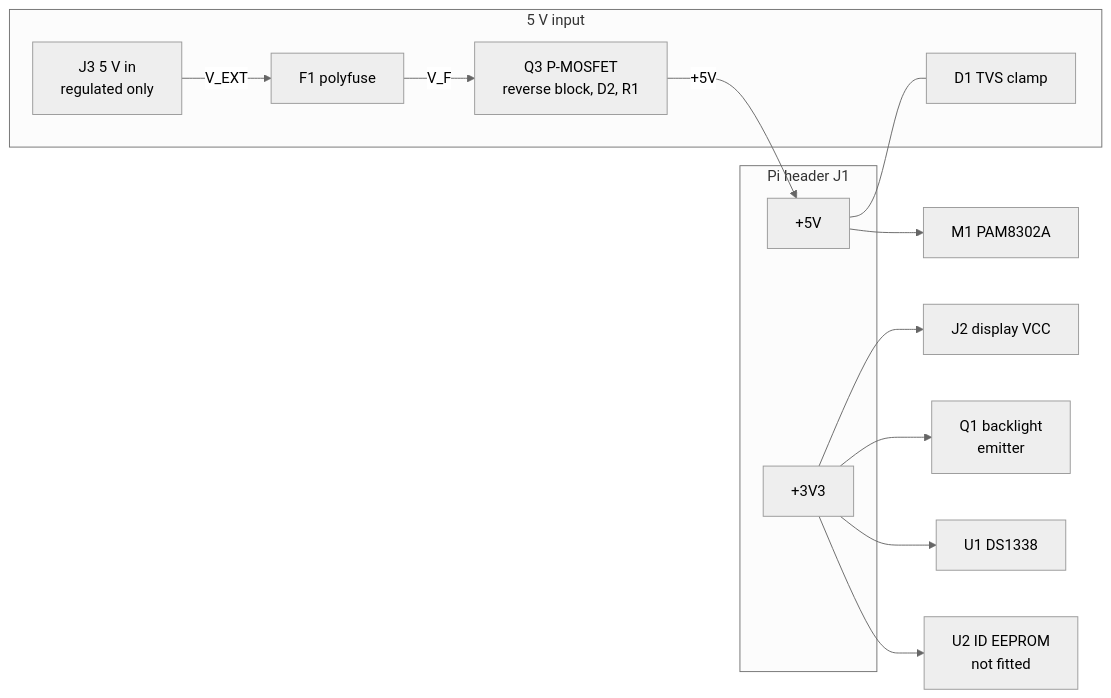
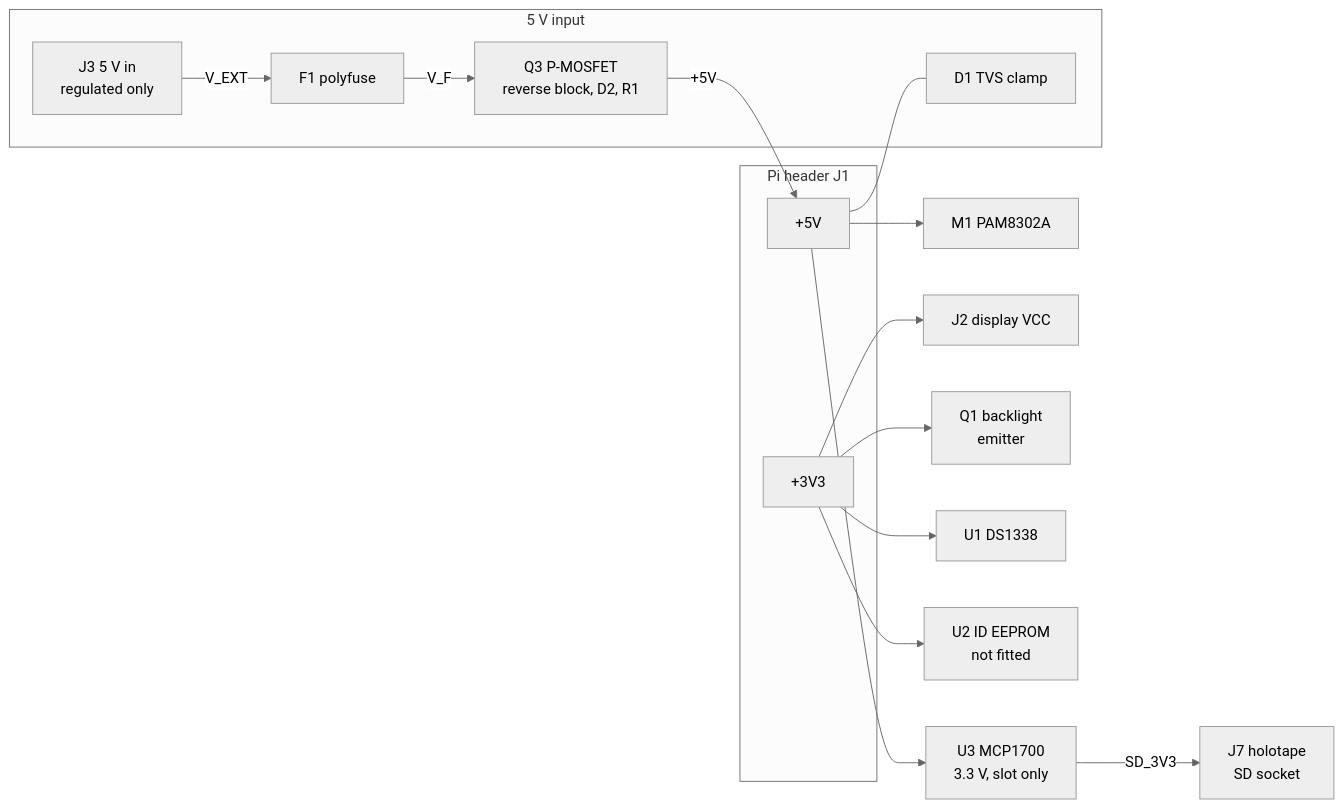
One commit to RobCo-Industries/RobCo-Hardware changed the first of 2 diagrams in pipboy-hat/spec/SPEC.md. Above: the diagram before and after it, drawn with Mermaid (neutral theme). The commit also changed other lines of this file and 16 other files, not shown here.

First line of the commit message:
Add a holotape slot to the Pip-Boy HAT

````diff
--- a/pipboy-hat/spec/SPEC.md
+++ b/pipboy-hat/spec/SPEC.md
@@ -38,26 +39,29 @@
 ```mermaid
 flowchart LR
     subgraph POWER["5 V input"]
         J3["J3 5 V in<br/>regulated only"]
         F1["F1 polyfuse"]
         Q3["Q3 P-MOSFET<br/>reverse block, D2, R1"]
         D1["D1 TVS clamp"]
     end
     subgraph J1["Pi header J1"]
         P5V["+5V"]
         P3V3["+3V3"]
     end
     M1["M1 PAM8302A"]
     J2["J2 display VCC"]
     BLSW["Q1 backlight<br/>emitter"]
     U1["U1 DS1338"]
     U2["U2 ID EEPROM<br/>not fitted"]
+    U3["U3 MCP1700<br/>3.3 V, slot only"]
+    J7["J7 holotape<br/>SD socket"]
     J3 -- "V_EXT" --> F1 -- "V_F" --> Q3
     Q3 -- "+5V" --> P5V
     P5V --- D1
     P5V --> M1
     P3V3 --> J2
     P3V3 --> BLSW
     P3V3 --> U1
     P3V3 --> U2
+    P5V --> U3 -- "SD_3V3" --> J7
 ```
````
